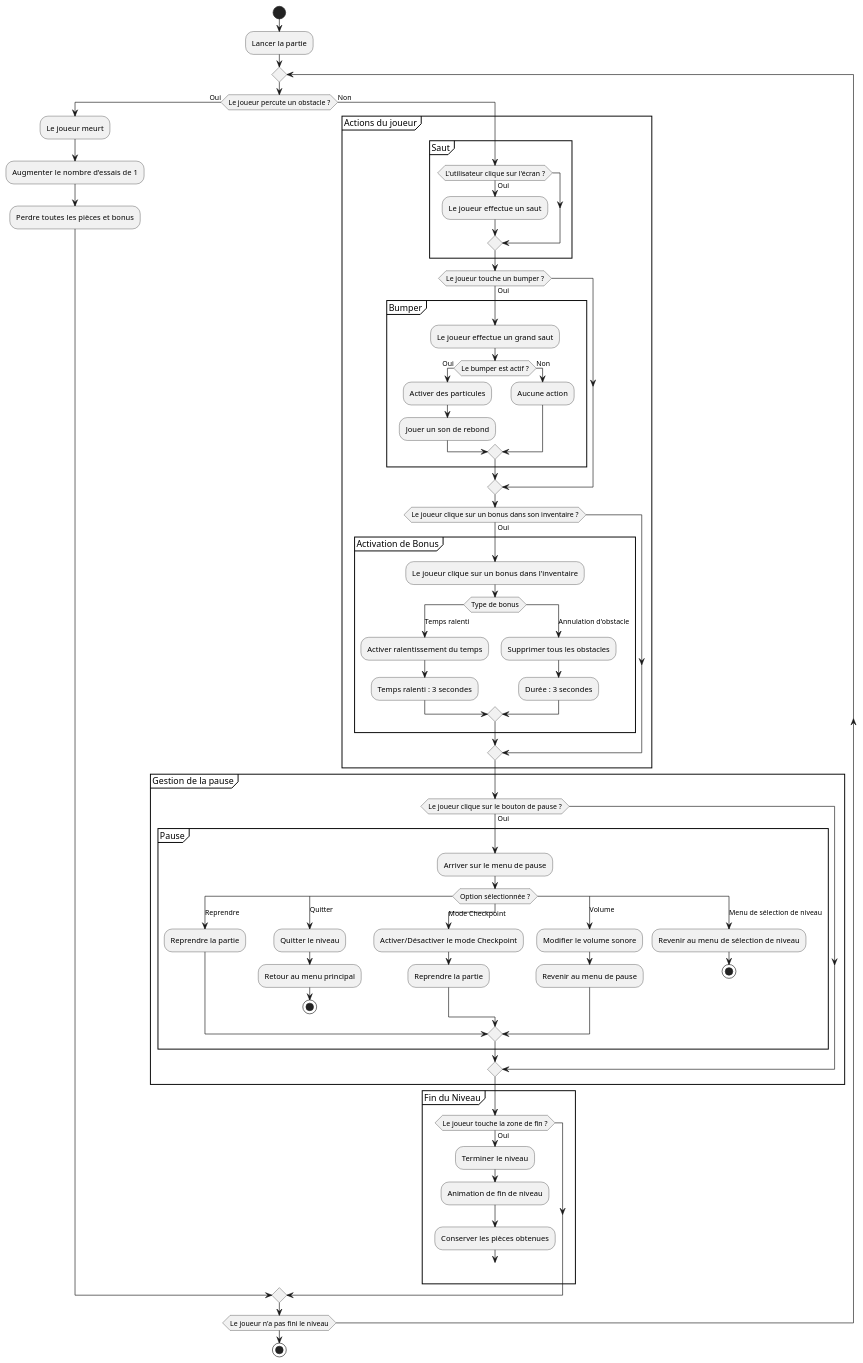
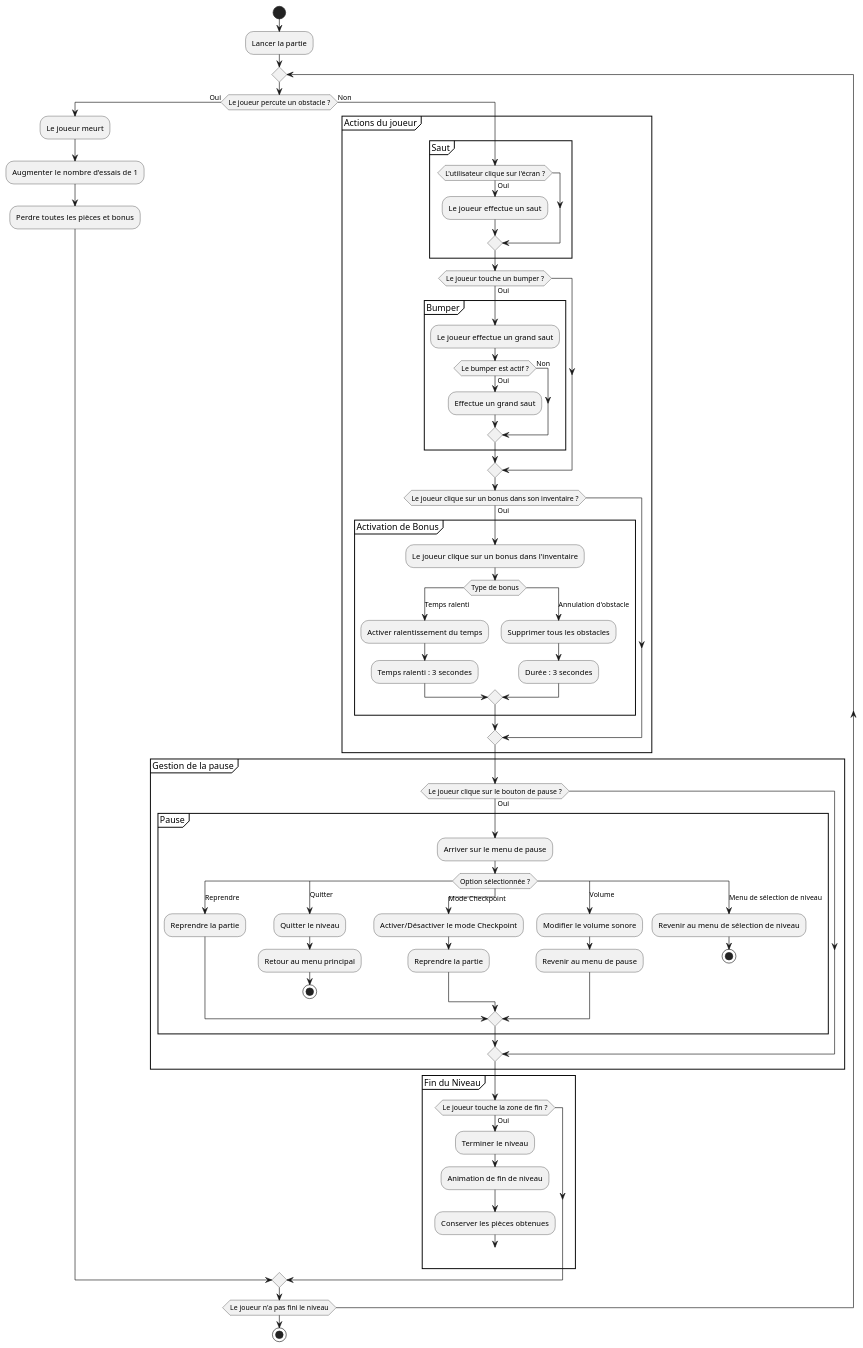
One commit to boudji-ludwig-pett/cnam-geometry-dash changed the diagram in Documentation/UML/activity-diagram/activity-diagram-complete.puml. Above: the diagram before and after it, drawn with PlantUML. The commit also changed 1 other file, not shown here.

Commit message:
docs(uml): fix activity-diagram name

```diff
--- a/Documentation/UML/activity-diagram/activity-diagram-complete.puml
+++ b/Documentation/UML/activity-diagram/activity-diagram-complete.puml
@@ -1,86 +1,84 @@
-@startuml GeometryDash_Diagramme_Activites
+@startuml Geometry Dash - Diagramme d'activités complet
 
 start
 
 :Lancer la partie;
 
 repeat
     if (Le joueur percute un obstacle ?) then (Oui)
         :Le joueur meurt;
         :Augmenter le nombre d'essais de 1;
         :Perdre toutes les pièces et bonus;
     else (Non)
         partition "Actions du joueur" {
           group Saut
             if (L'utilisateur clique sur l'écran ?) then (Oui)
                 :Le joueur effectue un saut;
             endif
           end group
 
             if (Le joueur touche un bumper ?) then (Oui)
                 group Bumper
                     :Le joueur effectue un grand saut;
                     if (Le bumper est actif ?) then (Oui)
-                        :Activer des particules;
-                        :Jouer un son de rebond;
+                        :Effectue un grand saut;
                     else (Non)
-                        :Aucune action;
                     endif
                 end group
             endif
 
             if (Le joueur clique sur un bonus dans son inventaire ?) then (Oui)
                 group Activation de Bonus
                     :Le joueur clique sur un bonus dans l'inventaire;
                     switch (Type de bonus)
                         case (Temps ralenti)
                             :Activer ralentissement du temps;
                             :Temps ralenti : 3 secondes;
                         case (Annulation d'obstacle)
                             :Supprimer tous les obstacles;
                             :Durée : 3 secondes;
                     endswitch
                 end group
             endif
         }
 
         partition "Gestion de la pause" {
             if (Le joueur clique sur le bouton de pause ?) then (Oui)
                 group Pause
                     :Arriver sur le menu de pause;
 
                     switch (Option sélectionnée ?)
                         case (Reprendre)
                             :Reprendre la partie;
                         case (Quitter)
                             :Quitter le niveau;
                             :Retour au menu principal;
                             stop
                         case (Mode Checkpoint)
                             :Activer/Désactiver le mode Checkpoint;
                             :Reprendre la partie;
                         case (Volume)
                             :Modifier le volume sonore;
                             :Revenir au menu de pause;
                         case (Menu de sélection de niveau)
                             :Revenir au menu de sélection de niveau;
                             stop
                     endswitch
                 endgroup
             endif
         }
 
         partition "Fin du Niveau" {
             if (Le joueur touche la zone de fin ?) then (Oui)
                 :Terminer le niveau;
                 :Animation de fin de niveau;
                 :Conserver les pièces obtenues;
                 break
             endif
         }
     endif
 repeat while (Le joueur n'a pas fini le niveau)
 
 stop
 
 @enduml
```
